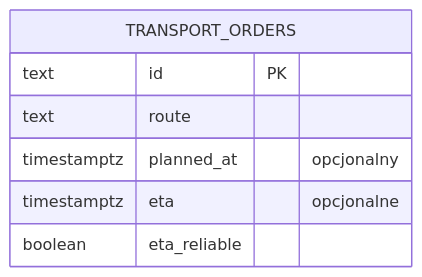
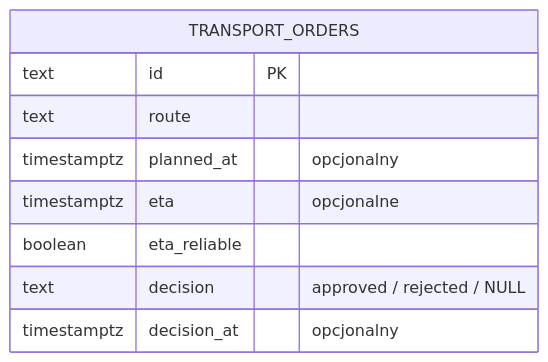
Before and after one commit to nossixd/5f-outpost: the fourth of 6 diagrams in docs/architektura.md, drawn with Mermaid. The commit also changed other lines of this file and 16 other files, not shown here.

````diff
--- a/docs/architektura.md
+++ b/docs/architektura.md
@@ -84,10 +90,12 @@
 ```mermaid
 erDiagram
     TRANSPORT_ORDERS {
         text id PK
         text route
         timestamptz planned_at "opcjonalny"
         timestamptz eta "opcjonalne"
         boolean eta_reliable
+        text decision "approved / rejected / NULL"
+        timestamptz decision_at "opcjonalny"
     }
 ```
````
